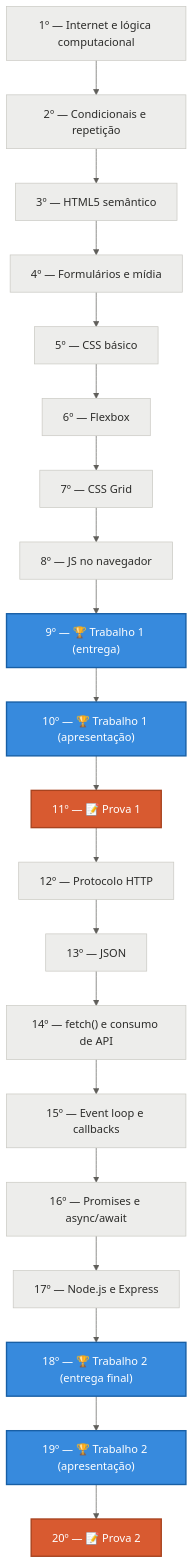
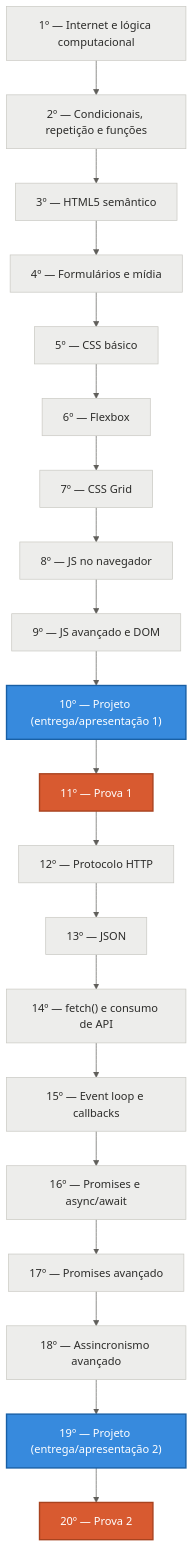
The diagram in roadmap/roadmap.md (gustavocolombelli/uniguacu-web-dev), drawn with Mermaid before and after one commit. The commit also changed other lines of this file and 2 other files, not shown here.

Commit message:
Adiciona README e atualiza trilha/roadmap (JS avancado, DOM, rubrica e escopo do projeto)

````diff
--- a/roadmap/roadmap.md
+++ b/roadmap/roadmap.md
@@ -39,39 +38,39 @@
 ```mermaid
 %%{init: {'theme':'base', 'themeVariables': {
   'primaryColor': '#378ADD',
   'primaryTextColor': '#FFFFFF',
   'primaryBorderColor': '#185FA5',
   'secondaryColor': '#D85A30',
   'secondaryTextColor': '#FFFFFF',
   'tertiaryTextColor': '#2C2C2A',
   'lineColor': '#5F5E5A',
   'textColor': '#2C2C2A'
 }}}%%
 flowchart TD
     n1["1º — Internet e lógica computacional"]:::padrao
-    n2["2º — Condicionais e repetição"]:::padrao
+    n2["2º — Condicionais, repetição e funções"]:::padrao
     n3["3º — HTML5 semântico"]:::padrao
     n4["4º — Formulários e mídia"]:::padrao
     n5["5º — CSS básico"]:::padrao
     n6["6º — Flexbox"]:::padrao
     n7["7º — CSS Grid"]:::padrao
     n8["8º — JS no navegador"]:::padrao
-    n9["9º — 🏆 Trabalho 1 (entrega)"]:::trabalho
-    n10["10º — 🏆 Trabalho 1 (apresentação)"]:::trabalho
-    n11["11º — 📝 Prova 1"]:::prova
+    n9["9º — JS avançado e DOM"]:::padrao
+    n10["10º — Projeto (entrega/apresentação 1)"]:::trabalho
+    n11["11º — Prova 1"]:::prova
     n12["12º — Protocolo HTTP"]:::padrao
     n13["13º — JSON"]:::padrao
     n14["14º — fetch() e consumo de API"]:::padrao
     n15["15º — Event loop e callbacks"]:::padrao
     n16["16º — Promises e async/await"]:::padrao
-    n17["17º — Node.js e Express"]:::padrao
-    n18["18º — 🏆 Trabalho 2 (entrega final)"]:::trabalho
-    n19["19º — 🏆 Trabalho 2 (apresentação)"]:::trabalho
-    n20["20º — 📝 Prova 2"]:::prova
+    n17["17º — Promises avançado"]:::padrao
+    n18["18º — Assincronismo avançado"]:::padrao
+    n19["19º — Projeto (entrega/apresentação 2)"]:::trabalho
+    n20["20º — Prova 2"]:::prova
 
     n1 --> n2 --> n3 --> n4 --> n5 --> n6 --> n7 --> n8 --> n9 --> n10 --> n11 --> n12 --> n13 --> n14 --> n15 --> n16 --> n17 --> n18 --> n19 --> n20
 
     classDef padrao fill:#EDEDEB,color:#2C2C2A,stroke:#C9C8C2,stroke-width:1px;
     classDef trabalho fill:#378ADD,color:#FFFFFF,stroke:#185FA5,stroke-width:2px;
     classDef prova fill:#D85A30,color:#FFFFFF,stroke:#A8431F,stroke-width:2px;
 ```
````
